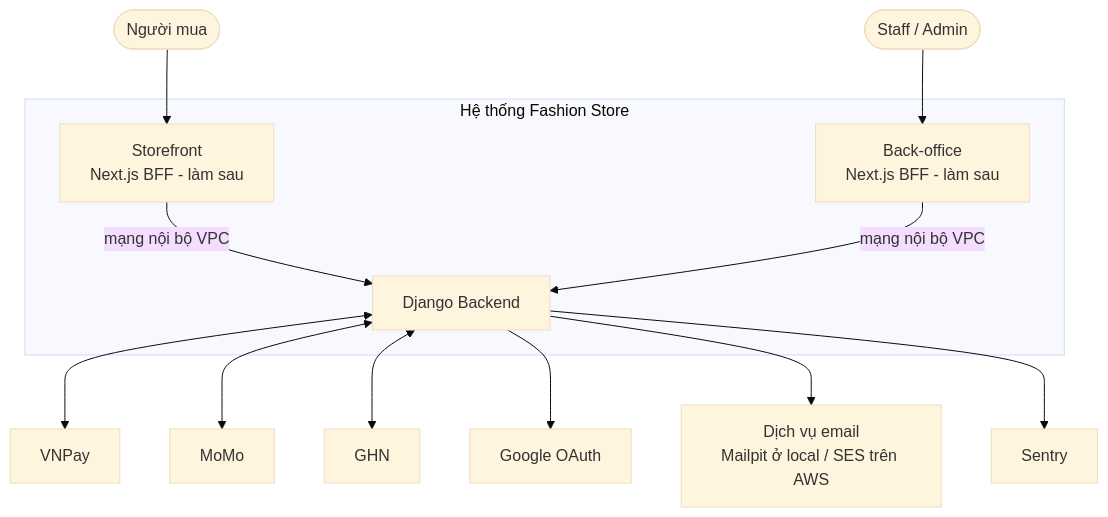
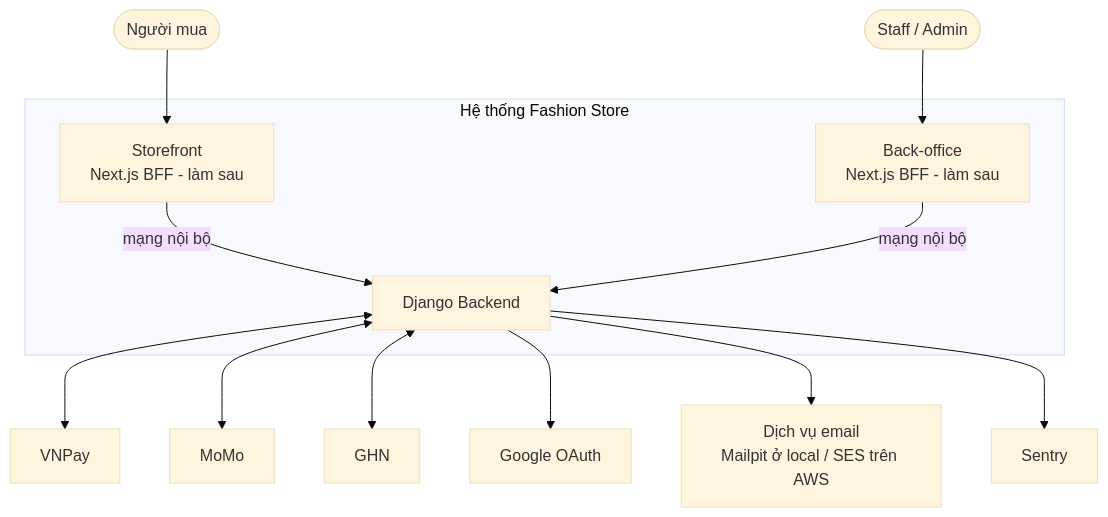
Before and after one commit to LuongCongThanh/boilerplate-ecommerce-next-16: the first of 4 diagrams in docs/architecture/01-system-context.md, drawn with Mermaid (base theme). The commit also changed other lines of this file and 2 other files, not shown here.

````diff
--- a/docs/architecture/01-system-context.md
+++ b/docs/architecture/01-system-context.md
@@ -7,29 +7,29 @@
 ```mermaid
 graph TB
     guest([Người mua])
     staff([Staff / Admin])
 
     subgraph system [Hệ thống Fashion Store]
         sf[Storefront<br/>Next.js BFF - làm sau]
         bo[Back-office<br/>Next.js BFF - làm sau]
         be[Django Backend]
     end
 
     vnpay[VNPay]
     momo[MoMo]
     ghn[GHN]
     google[Google OAuth]
     mail[Dịch vụ email<br/>Mailpit ở local / SES trên AWS]
     sentry[Sentry]
 
     guest --> sf
     staff --> bo
-    sf -->|mạng nội bộ VPC| be
-    bo -->|mạng nội bộ VPC| be
+    sf -->|mạng nội bộ| be
+    bo -->|mạng nội bộ| be
     be <--> vnpay
     be <--> momo
     be <--> ghn
     be --> google
     be --> mail
     be --> sentry
 ```
````
